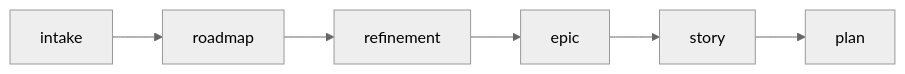
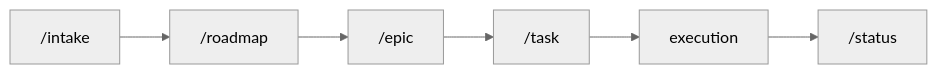
The diagram in skills/agile-roadmap/SKILL.md (djalmajr/essential-skills), drawn with Mermaid (neutral theme) before and after one commit. The commit also changed other lines of this file and 60 other files, not shown here.

````diff
--- a/skills/agile-roadmap/SKILL.md
+++ b/skills/agile-roadmap/SKILL.md
@@ -73,8 +73,8 @@
 ```mermaid
 flowchart LR
-    A[intake] --> B[roadmap]
-    B --> C[refinement]
-    C --> D[epic]
-    D --> E[story]
-    E --> F[plan]
+    A["/intake"] --> B["/roadmap"]
+    B --> C["/epic"]
+    C --> D["/task"]
+    D --> E[execution]
+    E --> F["/status"]
 ```
````
